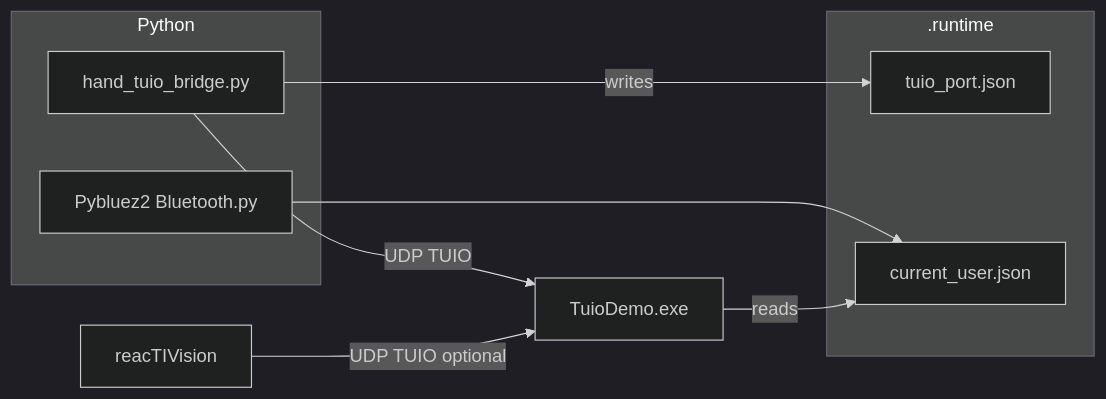
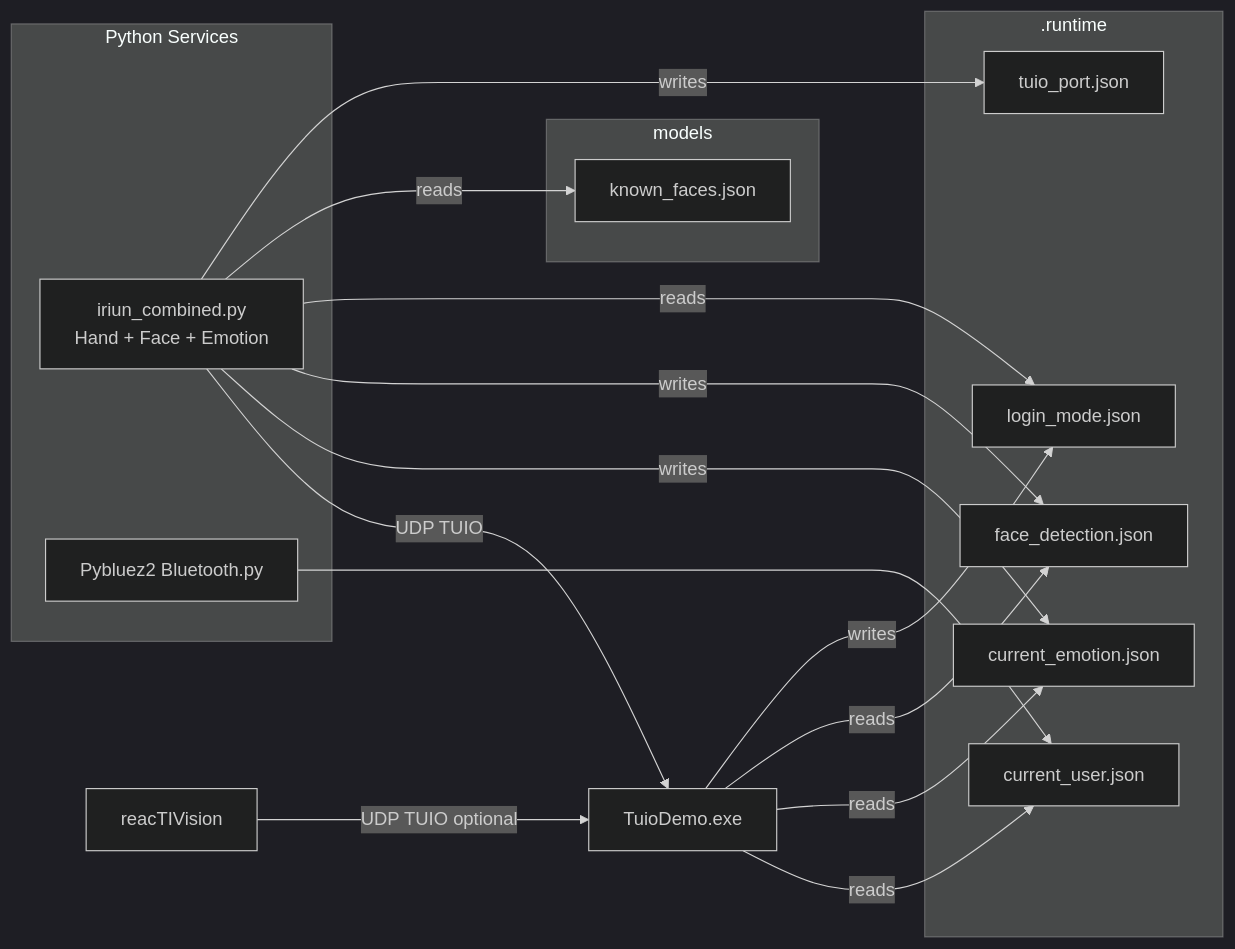
One commit to gojosatoru10/Smart_Shopping changed the diagram in README.md. Above: the diagram before and after it, drawn with Mermaid (dark theme). The commit also changed other lines of this file and 84 other files, not shown here.

Commit message:
face identification as login and change content based on the gender

````diff
--- a/README.md
+++ b/README.md
@@ -16,16 +20,29 @@
 ```mermaid
 flowchart LR
-  subgraph python [Python]
-    Bridge[hand_tuio_bridge.py]
+  subgraph python [Python Services]
+    Bridge[iriun_combined.py<br/>Hand + Face + Emotion]
     BT[Pybluez2 Bluetooth.py]
   end
   subgraph runtime [.runtime]
     PortJSON[tuio_port.json]
     UserJSON[current_user.json]
+    EmotionJSON[current_emotion.json]
+    FaceJSON[face_detection.json]
+    LoginMode[login_mode.json]
+  end
+  subgraph models [models]
+    KnownFaces[known_faces.json]
   end
   Bridge -->|UDP TUIO| TuioDemo
+  Bridge -->|writes| EmotionJSON
+  Bridge -->|writes| FaceJSON
+  Bridge -->|reads| LoginMode
+  Bridge -->|reads| KnownFaces
   BT --> UserJSON
   TuioDemo[TuioDemo.exe] -->|reads| UserJSON
+  TuioDemo -->|reads| EmotionJSON
+  TuioDemo -->|reads| FaceJSON
+  TuioDemo -->|writes| LoginMode
   Bridge -->|writes| PortJSON
   ReacTIV[reacTIVision] -->|UDP TUIO optional| TuioDemo
 ```
````
